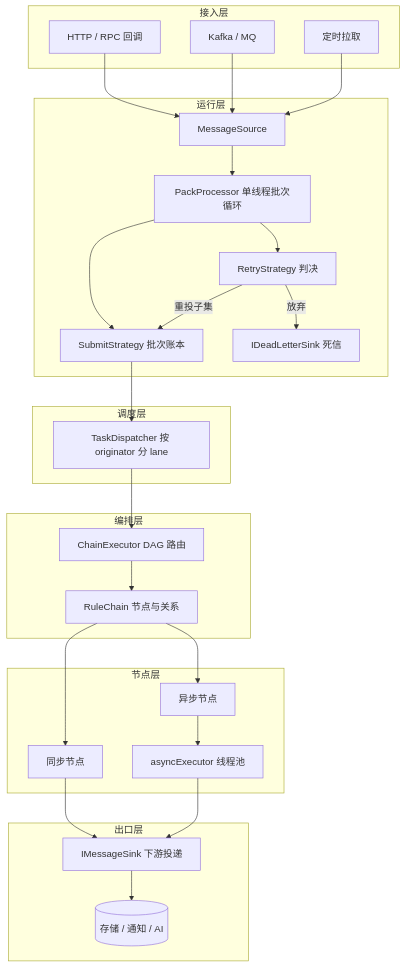
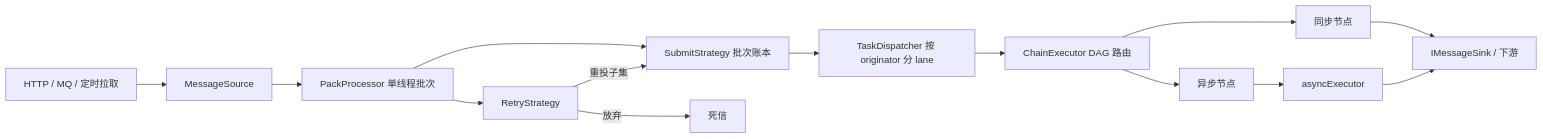
Before and after one commit to Leocofy/rule-engine: the diagram in README.md, drawn with Mermaid. The commit also changed other lines of this file, not shown here.

````diff
--- a/README.md
+++ b/README.md
@@ -86,54 +20,16 @@
 ```mermaid
-flowchart TD
-    subgraph Ingress[接入层]
-        HTTP[HTTP / RPC 回调]
-        MQ[Kafka / MQ]
-        PULL[定时拉取]
-    end
-
-    subgraph Runtime[运行层]
-        SRC[MessageSource]
-        PP[PackProcessor 单线程批次循环]
-        SS[SubmitStrategy 批次账本]
-        RS[RetryStrategy 判决]
-        DLQ[IDeadLetterSink 死信]
-    end
-
-    subgraph Dispatch[调度层]
-        TD[TaskDispatcher 按 originator 分 lane]
-    end
-
-    subgraph Orchestration[编排层]
-        CE[ChainExecutor DAG 路由]
-        CH[RuleChain 节点与关系]
-    end
-
-    subgraph NodeLayer[节点层]
-        N1[同步节点]
-        N2[异步节点]
-        POOL[asyncExecutor 线程池]
-    end
-
-    subgraph Output[出口层]
-        SINK[IMessageSink 下游投递]
-        DB[(存储 / 通知 / AI)]
-    end
-
-    HTTP --> SRC
-    MQ --> SRC
-    PULL --> SRC
-    SRC --> PP
-    PP --> SS
-    SS --> TD
-    TD --> CE
-    CE --> CH
-    CH --> N1
-    CH --> N2
-    N2 --> POOL
-    N1 --> SINK
-    POOL --> SINK
-    SINK --> DB
-    PP --> RS
+flowchart LR
+    INPUT[HTTP / MQ / 定时拉取] --> SRC[MessageSource]
+    SRC --> PP[PackProcessor 单线程批次]
+    PP --> SS[SubmitStrategy 批次账本]
+    SS --> TD[TaskDispatcher 按 originator 分 lane]
+    TD --> CE[ChainExecutor DAG 路由]
+    CE --> N1[同步节点]
+    CE --> N2[异步节点]
+    N2 --> POOL[asyncExecutor]
+    N1 --> OUT[IMessageSink / 下游]
+    POOL --> OUT
+    PP --> RS[RetryStrategy]
     RS -->|重投子集| SS
-    RS -->|放弃| DLQ
+    RS -->|放弃| DLQ[死信]
 ```
````
